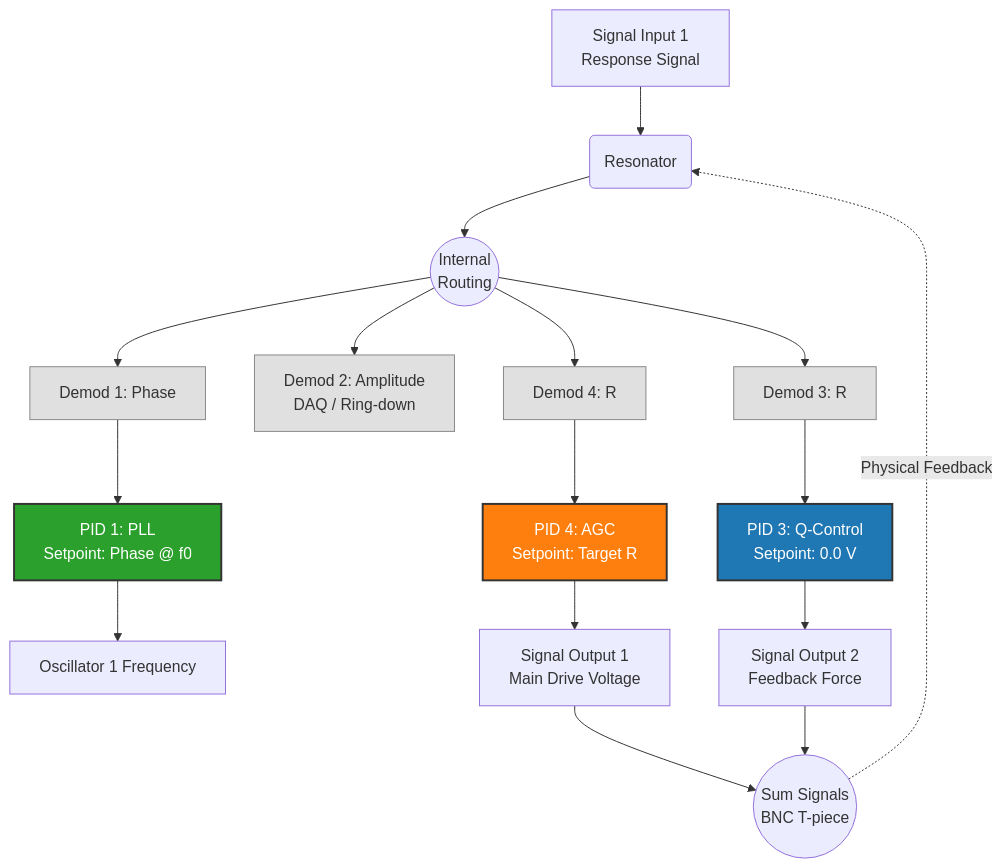
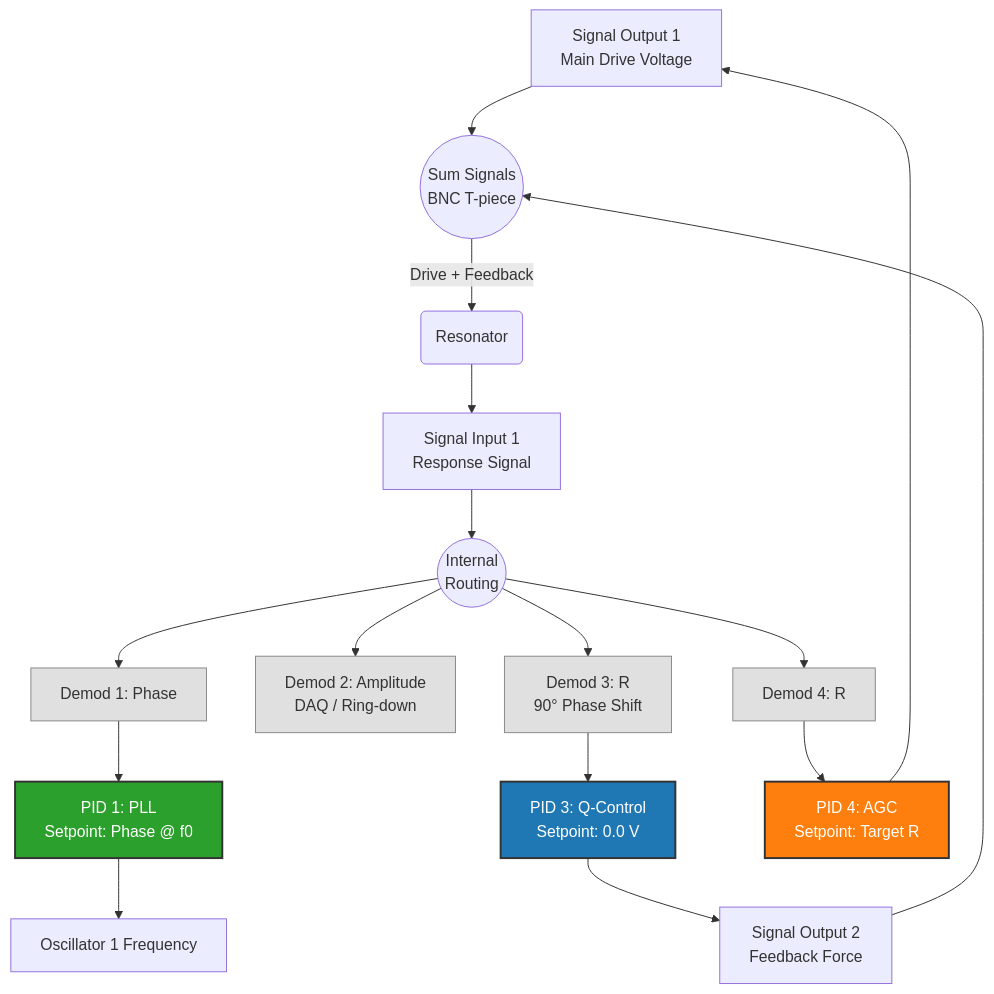
The diagram in Q-control.md (nitad54448/Sauerbrey), drawn with Mermaid before and after one commit.

````diff
--- a/Q-control.md
+++ b/Q-control.md
@@ -12,37 +12,35 @@
 ```mermaid
 graph TD
-    %% Input Layer
-    SigIn[Signal Input 1<br>Response Signal] --> Res(Resonator)
-    Res --> Splitter((Internal<br>Routing))
+    %% Physical Hardware Summation & Input
+    SigOut1[Signal Output 1<br>Main Drive Voltage] --> Sum((Sum Signals<br>BNC T-piece))
+    SigOut2[Signal Output 2<br>Feedback Force] --> Sum
+    Sum -->|Drive + Feedback| Res(Resonator)
+    Res --> SigIn[Signal Input 1<br>Response Signal]
+    SigIn --> Splitter((Internal<br>Routing))
 
     %% Demodulators
     Splitter --> D1[Demod 1: Phase]
     Splitter --> D2[Demod 2: Amplitude<br>DAQ / Ring-down]
-    Splitter --> D3[Demod 3: R]
+    Splitter --> D3[Demod 3: R<br>90° Phase Shift]
     Splitter --> D4[Demod 4: R]
 
     %% PIDs
     D1 --> P1[PID 1: PLL<br>Setpoint: Phase @ f0]
     D3 --> P3[PID 3: Q-Control<br>Setpoint: 0.0 V]
     D4 --> P4[PID 4: AGC<br>Setpoint: Target R]
 
-    %% Outputs
+    %% Outputs closing the loop
     P1 --> Osc1[Oscillator 1 Frequency]
-    P3 --> SigOut2[Signal Output 2<br>Feedback Force]
-    P4 --> SigOut1[Signal Output 1<br>Main Drive Voltage]
+    P3 --> SigOut2
+    P4 --> SigOut1
 
-    %% Physical Hardware Summation
-    SigOut1 --> Sum((Sum Signals<br>BNC T-piece))
-    SigOut2 --> Sum
-    Sum -.->|Physical Feedback| Res
-    
     classDef pid1 fill:#2ca02c,stroke:#333,stroke-width:2px,color:#fff;
     classDef pid3 fill:#1f77b4,stroke:#333,stroke-width:2px,color:#fff;
     classDef pid4 fill:#ff7f0e,stroke:#333,stroke-width:2px,color:#fff;
     classDef demod fill:#e0e0e0,stroke:#888,stroke-width:1px;
     
     class P1 pid1;
     class P3 pid3;
     class P4 pid4;
     class D1,D2,D3,D4 demod;
 ```
````
